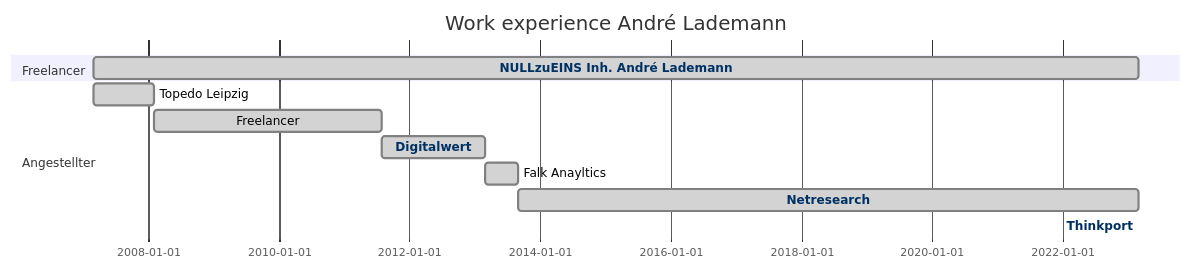
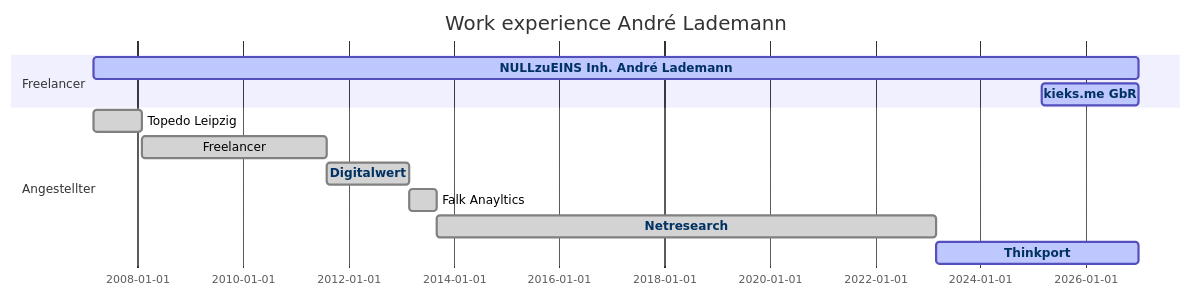
Before and after one commit to vergissberlin/vergissberlin: the diagram in README.md, drawn with Mermaid. The commit also changed other lines of this file, not shown here.

Commit message:
Fix URLs and update employment dates in README

````diff
--- a/README.md
+++ b/README.md
@@ -159,22 +159,24 @@
 ```mermaid
 gantt
 	dateFormat YYYY-MM-DD
 	title      Work experience André Lademann
 
 	section Freelancer 
-		NULLzuEINS Inh. André Lademann  :done,  nze, 2007-03, 2023-03-01
+		NULLzuEINS Inh. André Lademann :active,  nze, 2007-03, 2026-12-31
+		kieks.me GbR  :active,  kieksme, 2025-03-01, 2026-12-31
 		click nze href "https://nullzueins.com"
+		click kieksme href "https://kieks.me"
 	
 	section Angestellter
 		Topedo Leipzig : done, emp1, 2007-03-01, 2008-02-01
 		Freelancer     :done, emp2, after emp1, 2011-08-01
 		Digitalwert    :done, emp3, after emp2, 2013-03-01
 		Falk Anayltics : done, emp4, after emp3, 2013-09-01
 		Netresearch    : done, emp5, after emp4, 2023-02-28
-		Thinkport      :active, emp6, after emp5, today
+		Thinkport      :active, emp6, after emp5, 2026-12-31
 	
 		click emp3 href "https://torpedo-motor.com"
 		click emp3 href "https://digitalwert.de"
 		click emp5 href "https://netresearch.de"
 		click emp6 href "https://thinkport.digital"
 ```
````
